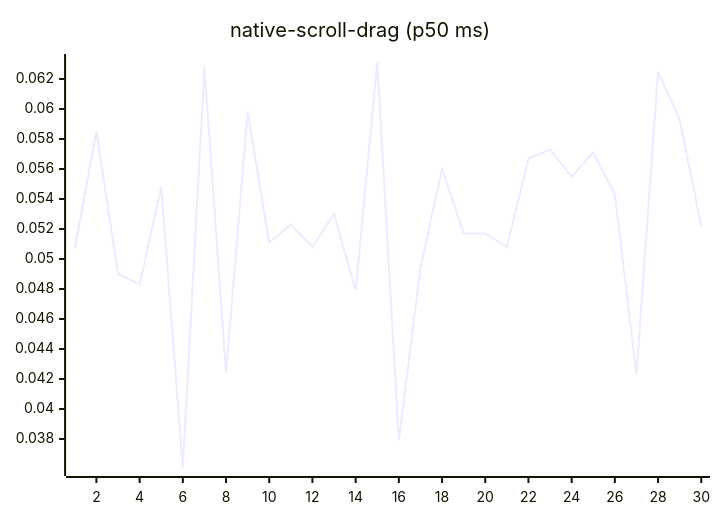
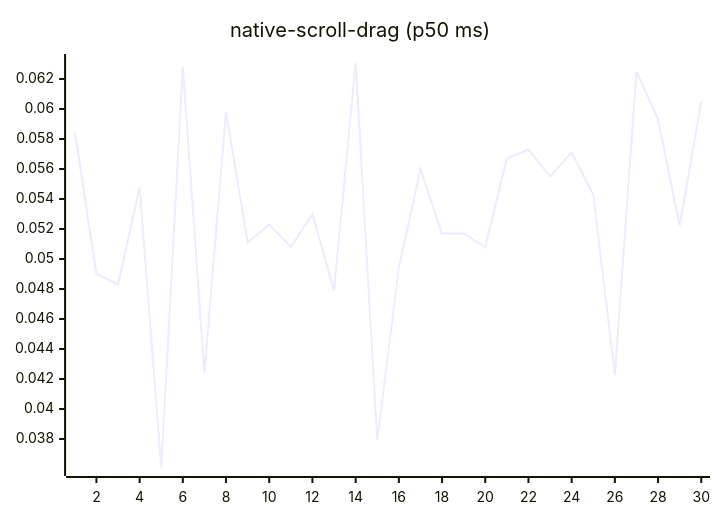
Before and after one commit to josha/Facet: diagram 14 of 27 in README.md, drawn with Mermaid. The commit also changed other lines of this file and 2 other files, not shown here.

````diff
--- a/README.md
+++ b/README.md
@@ -154,6 +154,6 @@
 ```mermaid
 xychart-beta
     title "native-scroll-drag (p50 ms)"
     x-axis 1 --> 30
-    line [0.0507, 0.0585, 0.0490, 0.0483, 0.0548, 0.0361, 0.0628, 0.0424, 0.0598, 0.0511, 0.0523, 0.0508, 0.0530, 0.0479, 0.0631, 0.0379, 0.0494, 0.0560, 0.0517, 0.0517, 0.0508, 0.0567, 0.0573, 0.0555, 0.0571, 0.0543, 0.0423, 0.0625, 0.0593, 0.0522]
+    line [0.0585, 0.0490, 0.0483, 0.0548, 0.0361, 0.0628, 0.0424, 0.0598, 0.0511, 0.0523, 0.0508, 0.0530, 0.0479, 0.0631, 0.0379, 0.0494, 0.0560, 0.0517, 0.0517, 0.0508, 0.0567, 0.0573, 0.0555, 0.0571, 0.0543, 0.0423, 0.0625, 0.0593, 0.0522, 0.0605]
 ```
````
